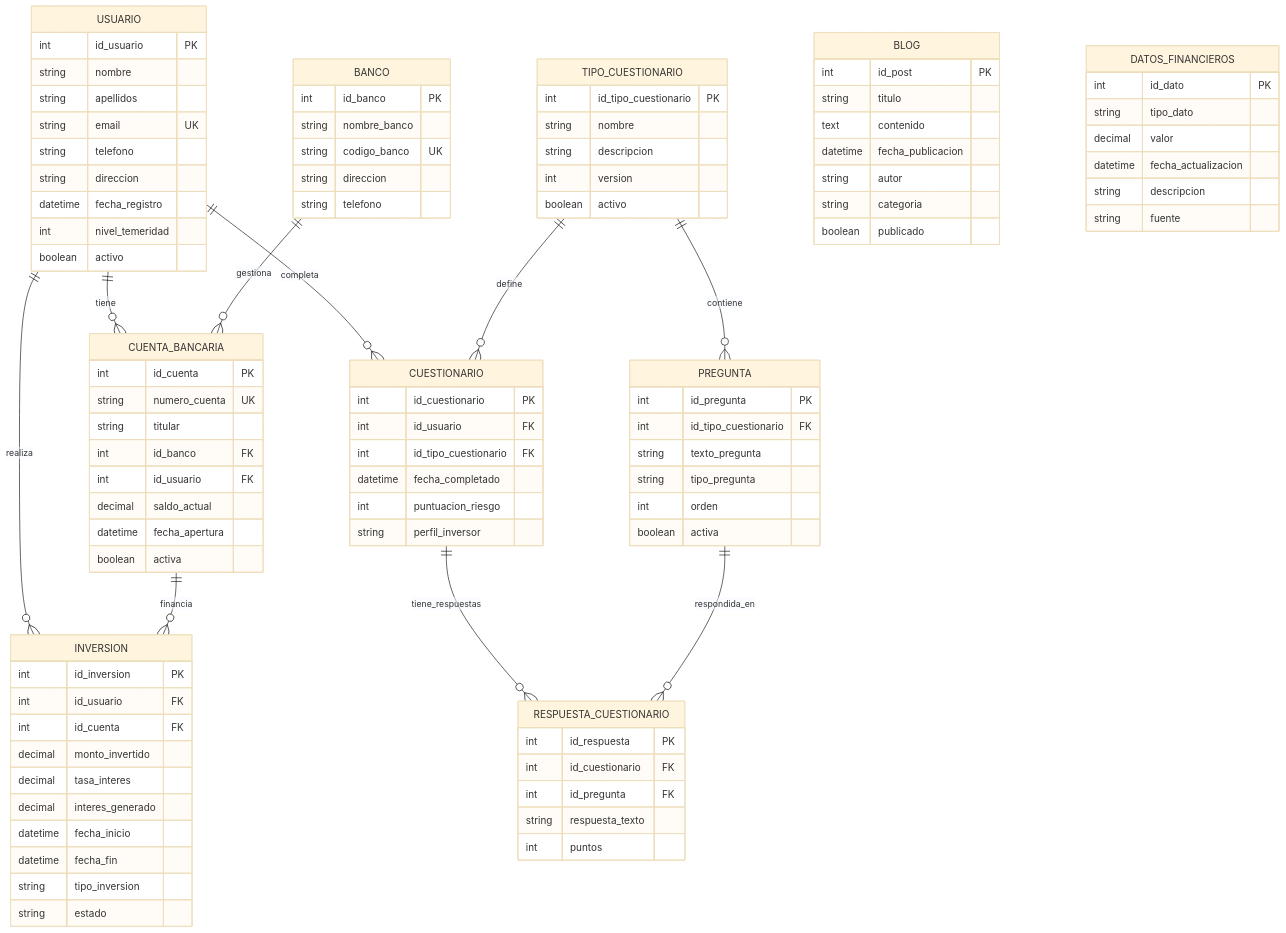
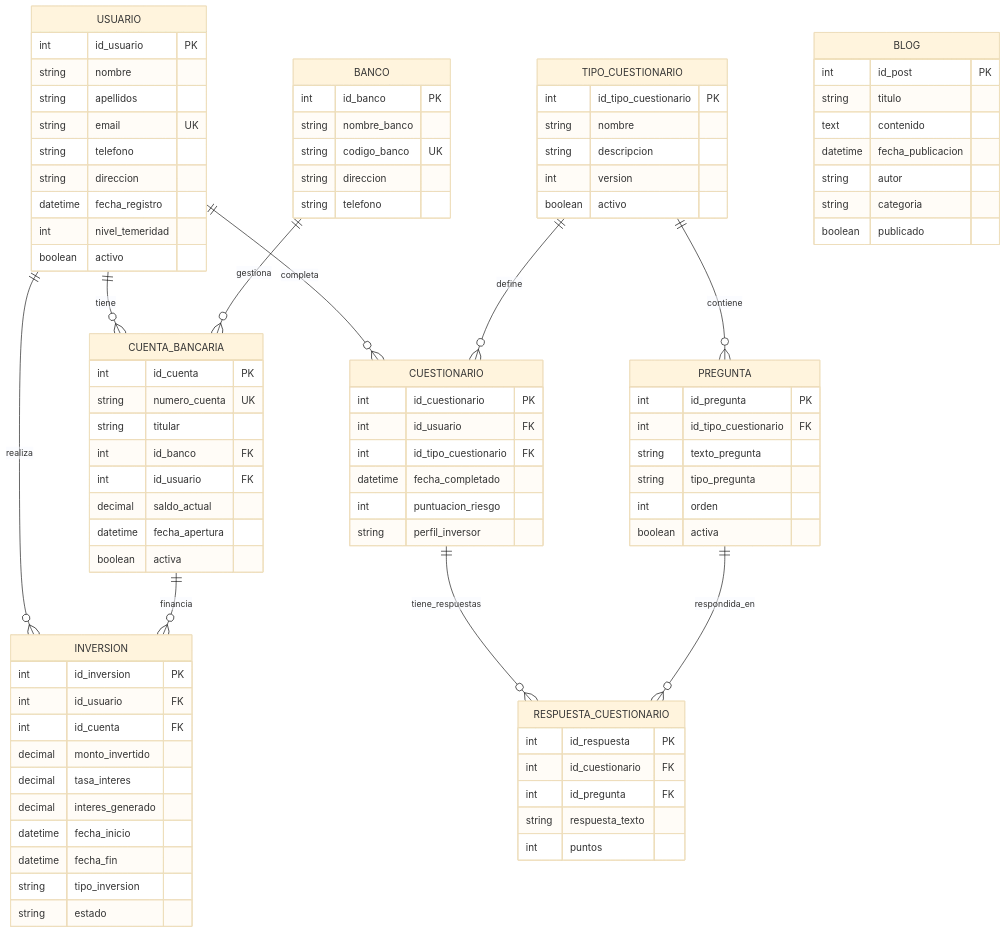
One commit to mtleiva/newry-technical-test changed the diagram in DatabaseDesign/ER-Model.md. Above: the diagram before and after it, drawn with Mermaid (base theme). The commit also changed other lines of this file and 2 other files, not shown here.

First line of the commit message:
refactor: Remove DATOS_FINANCIEROS table (not required)

````diff
--- a/DatabaseDesign/ER-Model.md
+++ b/DatabaseDesign/ER-Model.md
@@ -111,13 +111,4 @@
         string categoria
         boolean publicado
     }
-
-    DATOS_FINANCIEROS {
-        int id_dato PK
-        string tipo_dato
-        decimal valor
-        datetime fecha_actualizacion
-        string descripcion
-        string fuente
-    }
 ```
````
